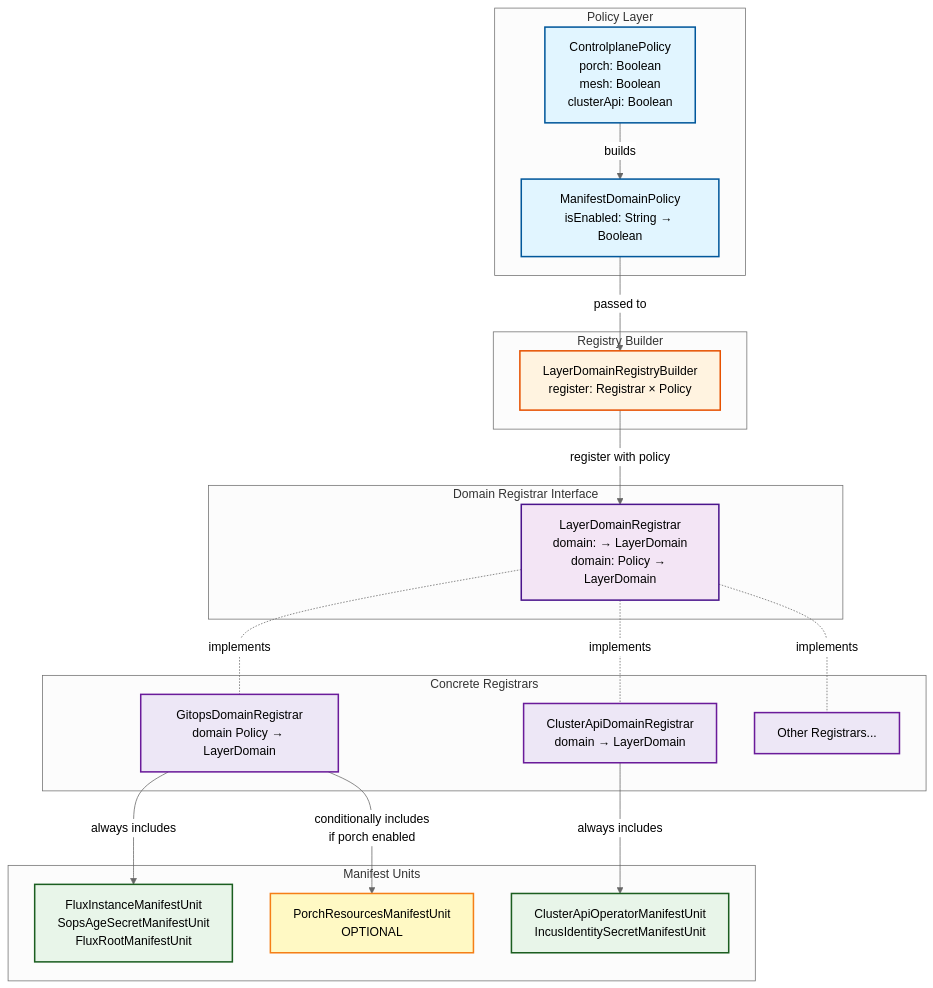
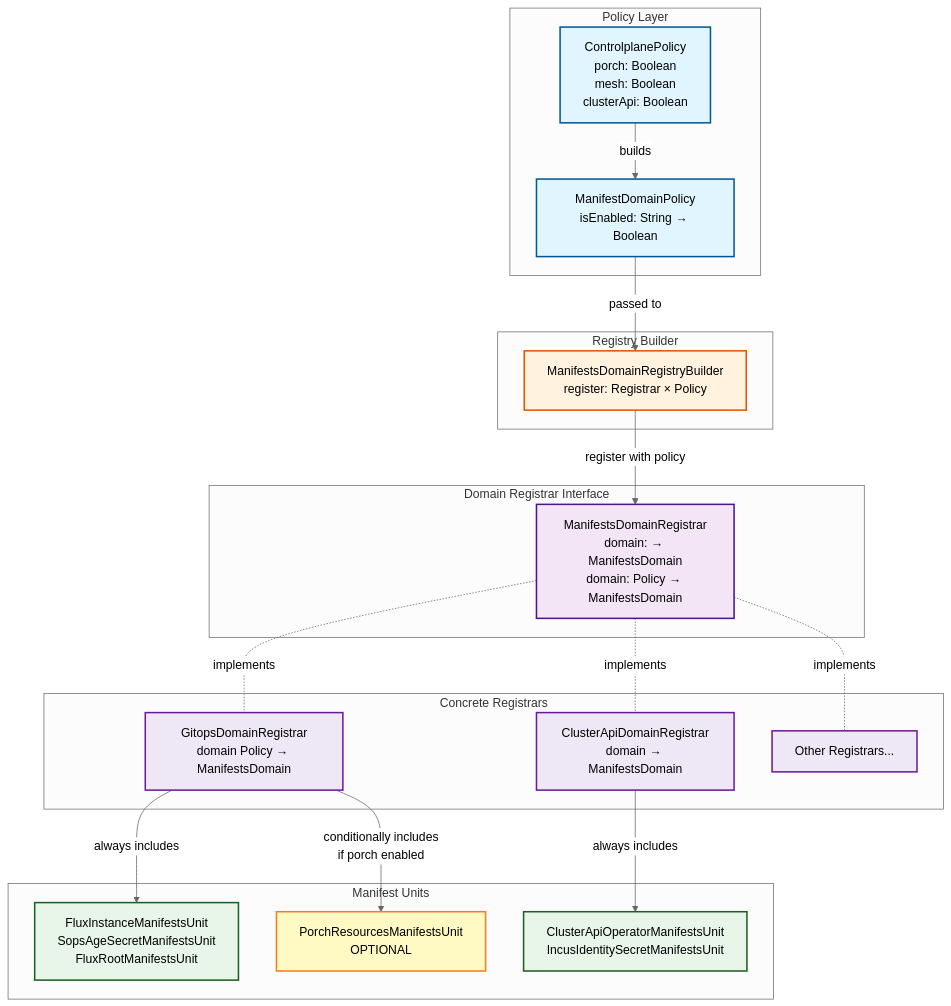
The second of 4 diagrams in docs/manifest-conditional-inclusion.adoc (nxmatic/rke2lab), drawn with Mermaid (neutral theme) before and after one commit. The commit also changed other lines of this file and 15 other files, not shown here.

First line of the commit message:
docs(manifests): consolidate architecture docs into hub + companions

```diff
--- a/docs/manifest-conditional-inclusion.adoc
+++ b/docs/manifest-conditional-inclusion.adoc
@@ -102,53 +121,53 @@
 [mermaid]
 ----
 graph TB
     subgraph "Policy Layer"
         MDP[ManifestDomainPolicy<br/>isEnabled: String → Boolean]
         CP[ControlplanePolicy<br/>porch: Boolean<br/>mesh: Boolean<br/>clusterApi: Boolean]
     end
 
     subgraph "Registry Builder"
-        LDRB[LayerDomainRegistryBuilder<br/>register: Registrar × Policy]
+        LDRB[ManifestsDomainRegistryBuilder<br/>register: Registrar × Policy]
     end
 
     subgraph "Domain Registrar Interface"
-        LDR[LayerDomainRegistrar<br/>domain: → LayerDomain<br/>domain: Policy → LayerDomain]
+        LDR[ManifestsDomainRegistrar<br/>domain: → ManifestsDomain<br/>domain: Policy → ManifestsDomain]
     end
 
     subgraph "Concrete Registrars"
-        GDR[GitopsDomainRegistrar<br/>domain Policy → LayerDomain]
-        CDR[ClusterApiDomainRegistrar<br/>domain → LayerDomain]
+        GDR[GitopsDomainRegistrar<br/>domain Policy → ManifestsDomain]
+        CDR[ClusterApiDomainRegistrar<br/>domain → ManifestsDomain]
         OTHER[Other Registrars...]
     end
 
     subgraph "Manifest Units"
-        FLUX[FluxInstanceManifestUnit<br/>SopsAgeSecretManifestUnit<br/>FluxRootManifestUnit]
-        PORCH[PorchResourcesManifestUnit<br/>OPTIONAL]
-        CAPI[ClusterApiOperatorManifestUnit<br/>IncusIdentitySecretManifestUnit]
+        FLUX[FluxInstanceManifestsUnit<br/>SopsAgeSecretManifestsUnit<br/>FluxRootManifestsUnit]
+        PORCH[PorchResourcesManifestsUnit<br/>OPTIONAL]
+        CAPI[ClusterApiOperatorManifestsUnit<br/>IncusIdentitySecretManifestsUnit]
     end
 
     CP -->|builds| MDP
     MDP -->|passed to| LDRB
     LDRB -->|register with policy| LDR
     LDR -.implements.- GDR
     LDR -.implements.- CDR
     LDR -.implements.- OTHER
 
     GDR -->|always includes| FLUX
     GDR -->|conditionally includes<br/>if porch enabled| PORCH
     CDR -->|always includes| CAPI
 
     classDef policyClass fill:#e1f5ff,stroke:#01579b,stroke-width:2px
     classDef builderClass fill:#fff3e0,stroke:#e65100,stroke-width:2px
     classDef interfaceClass fill:#f3e5f5,stroke:#4a148c,stroke-width:2px
     classDef concreteClass fill:#ede7f6,stroke:#6a1b9a,stroke-width:2px
     classDef mandatoryUnit fill:#e8f5e9,stroke:#1b5e20,stroke-width:2px
     classDef optionalUnit fill:#fff9c4,stroke:#f57f17,stroke-width:2px
 
     class MDP,CP policyClass
     class LDRB builderClass
     class LDR interfaceClass
     class GDR,CDR,OTHER concreteClass
     class FLUX,CAPI mandatoryUnit
     class PORCH optionalUnit
 ----
```
